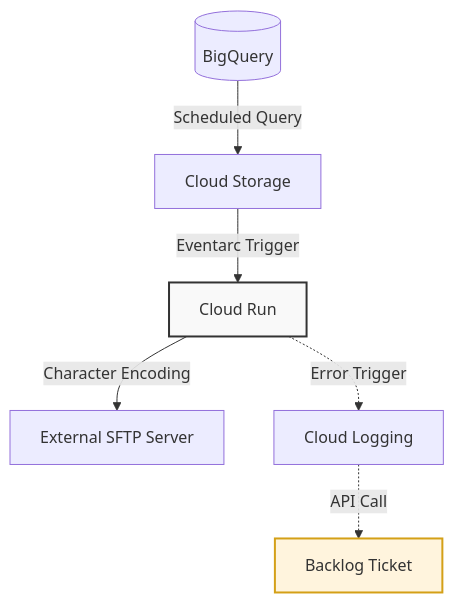
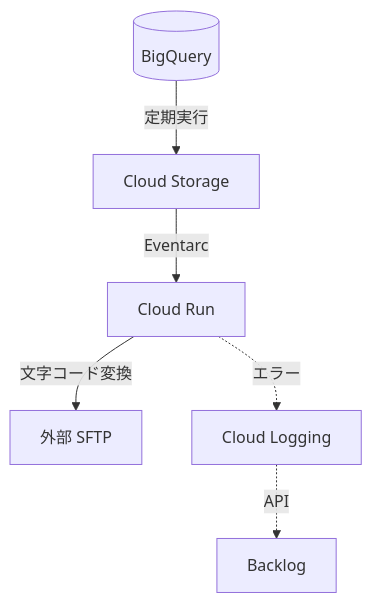
One commit to conti0513/development_public changed the second of 2 diagrams in projects/01_cloud_native_architecture/README.md. Above: the diagram before and after it, drawn with Mermaid. The commit also changed other lines of this file, not shown here.

````diff
--- a/projects/01_cloud_native_architecture/README.md
+++ b/projects/01_cloud_native_architecture/README.md
@@ -57,12 +90,8 @@
 ```mermaid
 graph TD
-    BQ[(BigQuery)] -->|Scheduled Query| GCS[Cloud Storage]
-    GCS -->|Eventarc Trigger| CR[Cloud Run]
-    CR -->|Character Encoding| SFTP[External SFTP Server]
-    CR -.->|Error Trigger| LOG[Cloud Logging]
-    LOG -.->|API Call| BL[Backlog Ticket]
-    
-    style CR fill:#f9f9f9,stroke:#333,stroke-width:2px
-    style BL fill:#fff4dd,stroke:#d4a017,stroke-width:2px
-
+    BQ[(BigQuery)] -->|定期実行| GCS[Cloud Storage]
+    GCS -->|Eventarc| CR[Cloud Run]
+    CR -->|文字コード変換| SFTP[外部 SFTP]
+    CR -.->|エラー| LOG[Cloud Logging]
+    LOG -.->|API| BL[Backlog]
 ```
````
